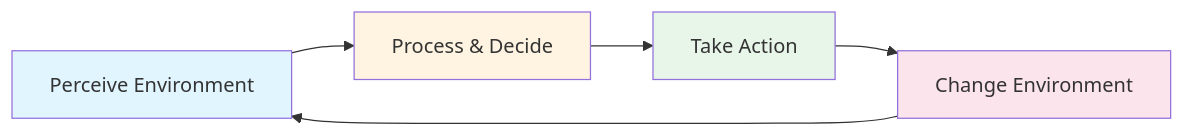
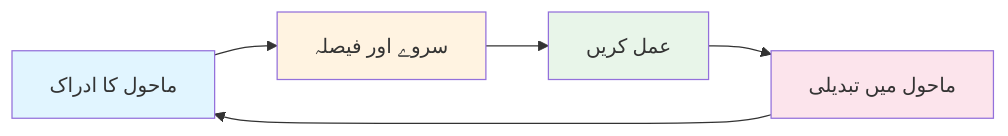
The diagram in humanoid-robotics-book/i18n/ur/docusaurus-plugin-content-docs/current/part1-foundations/chapter-01-what-is-physical-ai.md (laraib28/hackathon1), drawn with Mermaid before and after one commit. The commit also changed other lines of this file and 148 other files, not shown here.

````diff
--- a/humanoid-robotics-book/i18n/ur/docusaurus-plugin-content-docs/current/part1-foundations/chapter-01-what-is-physical-ai.md
+++ b/humanoid-robotics-book/i18n/ur/docusaurus-plugin-content-docs/current/part1-foundations/chapter-01-what-is-physical-ai.md
@@ -48,11 +48,11 @@
 ```mermaid
 graph LR
-    A[Perceive Environment] --> B[Process & Decide]
-    B --> C[Take Action]
-    C --> D[Change Environment]
+    A[ماحول کا ادراک] --> B[سروے اور فیصلہ]
+    B --> C[عمل کریں]
+    C --> D[ماحول میں تبدیلی]
     D --> A
     style A fill:#e1f5ff
     style B fill:#fff3e1
     style C fill:#e8f5e9
     style D fill:#fce4ec
 ```
````
